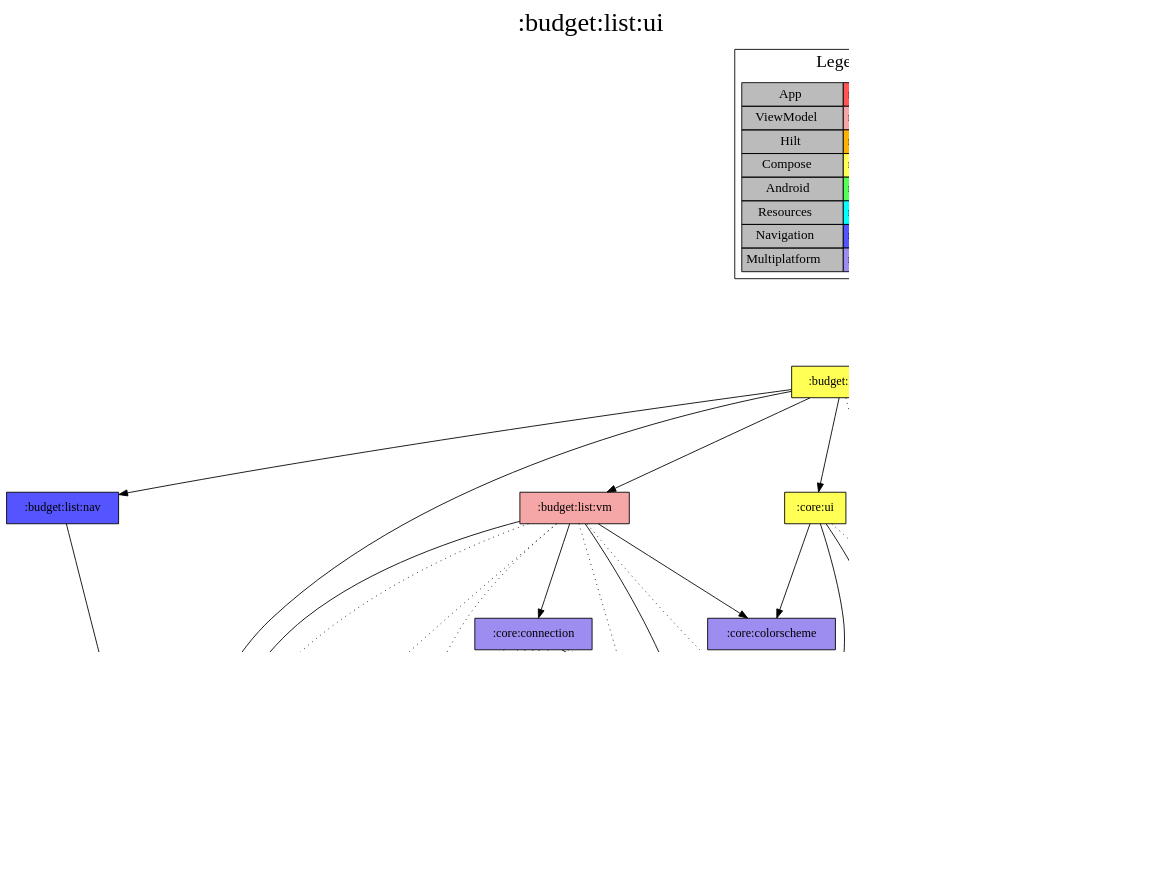
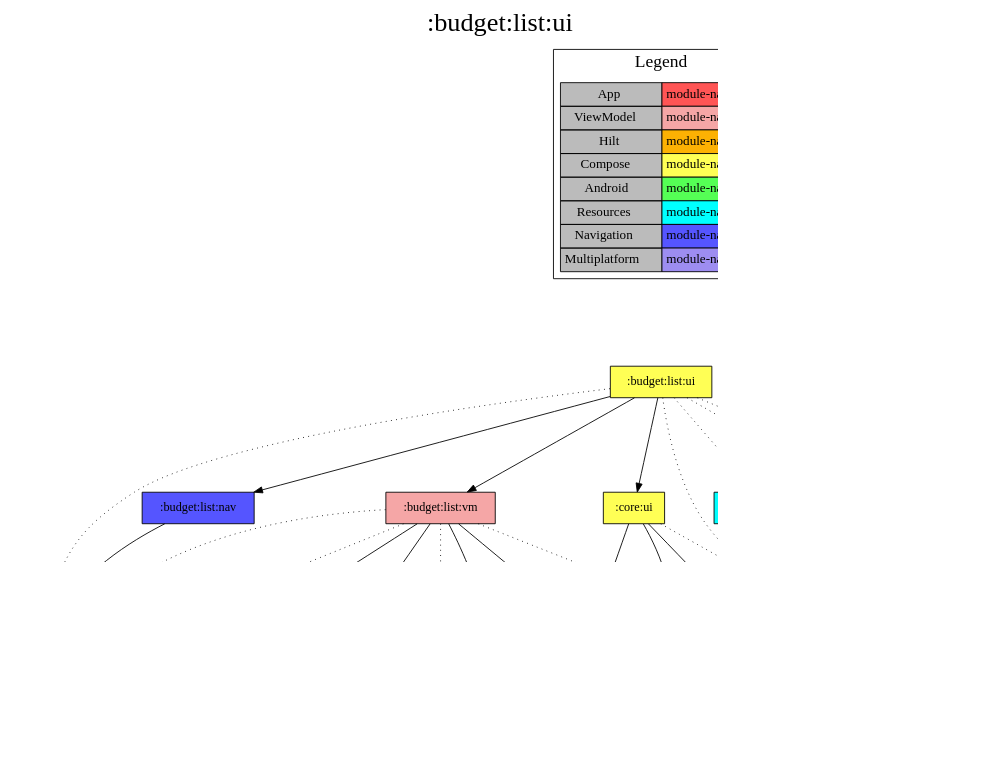
The diagram in modules/budget/list/ui/project-dependency-graph.dot (jonapoul/aktual), drawn with Graphviz before and after one commit. The commit also changed 21 other files, not shown here.

```diff
--- a/modules/budget/list/ui/project-dependency-graph.dot
+++ b/modules/budget/list/ui/project-dependency-graph.dot
@@ -1,80 +1,67 @@
 digraph {
 edge ["dir"="forward"]
 graph ["dpi"="100","label"=":budget:list:ui","labelloc"="t","fontsize"="30","ranksep"="1.5","rankdir"="TB"]
 node ["style"="filled"]
 ":budget:list:ui" ["fillcolor"="#FFFF55","shape"="box"]
 ":budget:list:nav" ["fillcolor"="#5555FF","shape"="box"]
 ":login:model" ["fillcolor"="#9D8DF1","shape"="box"]
 ":budget:list:vm" ["fillcolor"="#F5A6A6","shape"="box"]
 ":core:colorscheme" ["fillcolor"="#9D8DF1","shape"="box"]
-":core:connection" ["fillcolor"="#9D8DF1","shape"="box"]
+":core:coroutines" ["fillcolor"="#9D8DF1","shape"="box"]
+":core:log" ["fillcolor"="#9D8DF1","shape"="box"]
+":url:model" ["fillcolor"="#9D8DF1","shape"="box"]
+":api:actual" ["fillcolor"="#9D8DF1","shape"="box"]
+":core:versions" ["fillcolor"="#9D8DF1","shape"="box"]
 ":core:buildconfig" ["fillcolor"="#9D8DF1","shape"="box"]
-":api:actual" ["fillcolor"="#9D8DF1","shape"="box"]
-":url:model" ["fillcolor"="#9D8DF1","shape"="box"]
-":api:core" ["fillcolor"="#9D8DF1","shape"="box"]
-":core:log" ["fillcolor"="#9D8DF1","shape"="box"]
-":core:coroutines" ["fillcolor"="#9D8DF1","shape"="box"]
-":core:versions" ["fillcolor"="#9D8DF1","shape"="box"]
 ":url:prefs" ["fillcolor"="#9D8DF1","shape"="box"]
 ":core:ui" ["fillcolor"="#FFFF55","shape"="box"]
 ":core:res" ["fillcolor"="#00FFFF","shape"="box"]
 ":budget:list:res" ["fillcolor"="#00FFFF","shape"="box"]
 ":login:nav" ["fillcolor"="#5555FF","shape"="box"]
 ":url:nav" ["fillcolor"="#5555FF","shape"="box"]
 {
 edge ["dir"="none"]
 graph ["rank"="same"]
 }
 ":budget:list:ui" -> ":budget:list:nav"
 ":budget:list:ui" -> ":budget:list:vm"
 ":budget:list:ui" -> ":core:ui"
-":budget:list:ui" -> ":login:model"
 ":budget:list:ui" -> ":budget:list:res" ["style"="dotted"]
 ":budget:list:ui" -> ":core:res" ["style"="dotted"]
+":budget:list:ui" -> ":login:model" ["style"="dotted"]
 ":budget:list:ui" -> ":login:nav" ["style"="dotted"]
 ":budget:list:ui" -> ":url:nav" ["style"="dotted"]
 ":budget:list:nav" -> ":login:model"
 ":budget:list:vm" -> ":core:colorscheme"
-":budget:list:vm" -> ":core:connection"
-":budget:list:vm" -> ":login:model"
+":budget:list:vm" -> ":core:coroutines"
+":budget:list:vm" -> ":core:log"
 ":budget:list:vm" -> ":url:model"
 ":budget:list:vm" -> ":api:actual" ["style"="dotted"]
-":budget:list:vm" -> ":core:coroutines" ["style"="dotted"]
-":budget:list:vm" -> ":core:log" ["style"="dotted"]
 ":budget:list:vm" -> ":core:versions" ["style"="dotted"]
+":budget:list:vm" -> ":login:model" ["style"="dotted"]
 ":budget:list:vm" -> ":url:prefs" ["style"="dotted"]
-":core:connection" -> ":core:buildconfig"
-":core:connection" -> ":api:actual" ["style"="dotted"]
-":core:connection" -> ":api:core" ["style"="dotted"]
-":core:connection" -> ":core:coroutines" ["style"="dotted"]
-":core:connection" -> ":core:log" ["style"="dotted"]
-":core:connection" -> ":core:versions" ["style"="dotted"]
-":core:connection" -> ":url:model" ["style"="dotted"]
-":core:connection" -> ":url:prefs" ["style"="dotted"]
 ":api:actual" -> ":login:model"
 ":api:actual" -> ":url:model"
-":api:core" -> ":core:log"
-":api:core" -> ":url:model"
 ":core:versions" -> ":core:buildconfig"
 ":url:prefs" -> ":url:model"
 ":core:ui" -> ":core:colorscheme"
 ":core:ui" -> ":core:versions"
 ":core:ui" -> ":url:model"
 ":core:ui" -> ":core:res" ["style"="dotted"]
 subgraph "cluster_legend" {
 edge ["dir"="none"]
 graph ["label"="Legend","fontsize"="20"]
 "Legend" ["style"="filled","fillcolor"="#bbbbbb","shape"="none","margin"="0","fontsize"="15","label"=<
 <TABLE BORDER="0" CELLBORDER="1" CELLSPACING="0" CELLPADDING="4">
 <TR><TD>App</TD><TD BGCOLOR="#FF5555">module-name</TD></TR>
 <TR><TD>ViewModel</TD><TD BGCOLOR="#F5A6A6">module-name</TD></TR>
 <TR><TD>Hilt</TD><TD BGCOLOR="#FCB103">module-name</TD></TR>
 <TR><TD>Compose</TD><TD BGCOLOR="#FFFF55">module-name</TD></TR>
 <TR><TD>Android</TD><TD BGCOLOR="#55FF55">module-name</TD></TR>
 <TR><TD>Resources</TD><TD BGCOLOR="#00FFFF">module-name</TD></TR>
 <TR><TD>Navigation</TD><TD BGCOLOR="#5555FF">module-name</TD></TR>
 <TR><TD>Multiplatform</TD><TD BGCOLOR="#9D8DF1">module-name</TD></TR>
 </TABLE>
 >]
 } -> ":budget:list:ui" ["style"="invis"]
 }
```
